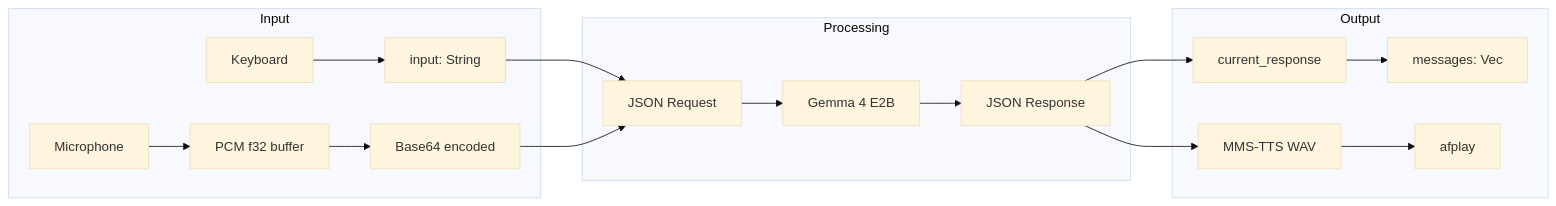
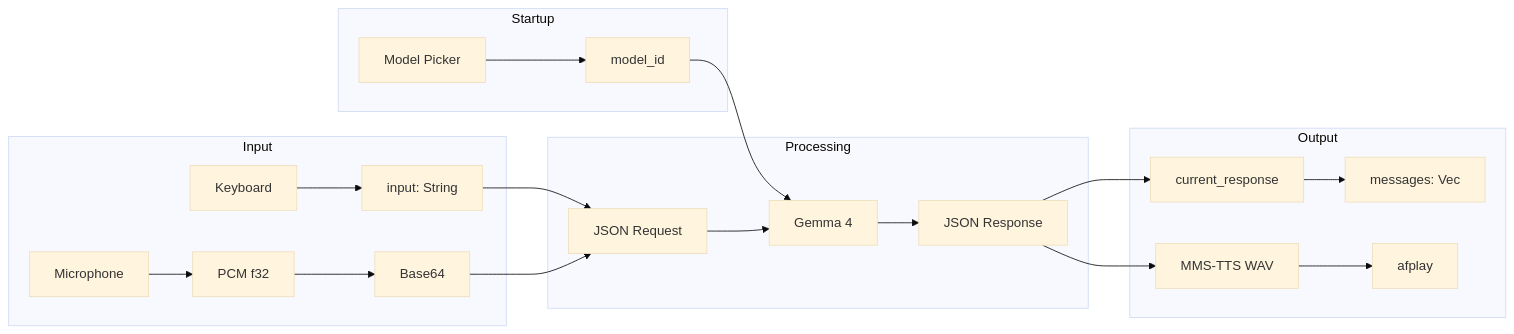
The diagram in .agents/summary/data_models.md (zixma13/terminator), drawn with Mermaid (base theme) before and after one commit. The commit also changed other lines of this file and 9 other files, not shown here.

````diff
--- a/.agents/summary/data_models.md
+++ b/.agents/summary/data_models.md
@@ -92,22 +79,26 @@
 ```mermaid
 flowchart LR
+    subgraph Startup
+        Picker[Model Picker] --> ModelID[model_id]
+    end
+
     subgraph Input
         KB[Keyboard] --> InputBuf[input: String]
-        Mic[Microphone] --> PCM[PCM f32 buffer]
-        PCM --> B64[Base64 encoded]
+        Mic[Microphone] --> PCM[PCM f32] --> B64[Base64]
     end
 
     subgraph Processing
+        ModelID --> Python
         InputBuf --> Req[JSON Request]
         B64 --> Req
-        Req --> Python[Gemma 4 E2B]
+        Req --> Python[Gemma 4]
         Python --> Resp[JSON Response]
     end
 
     subgraph Output
         Resp --> Tokens[current_response]
         Tokens --> Messages[messages: Vec]
         Resp --> TTS[MMS-TTS WAV]
         TTS --> Speaker[afplay]
     end
 ```
````
